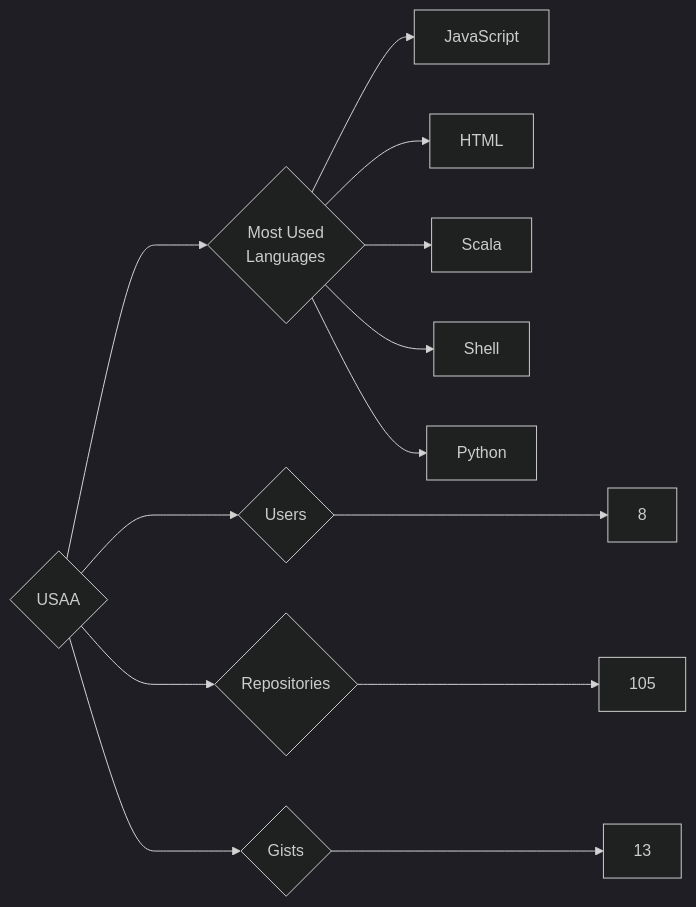
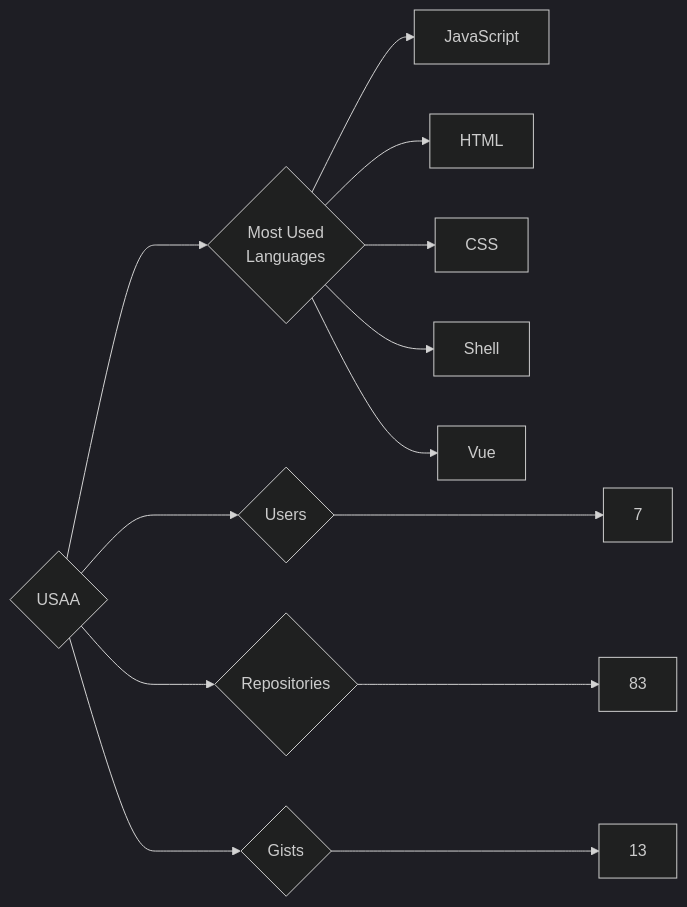
Before and after one commit to trickest/insiders: the diagram in targets/USAA/README.md, drawn with Mermaid (dark theme). The commit also changed 1248 other files, not shown here.

````diff
--- a/targets/USAA/README.md
+++ b/targets/USAA/README.md
@@ -3,13 +3,13 @@
 ```mermaid
 graph LR
 COMPANY_NAME{USAA}
-COMPANY_NAME ---> U{Users} ---> UN[8]
-COMPANY_NAME ---> R{Repositories} ---> RN[105]
+COMPANY_NAME ---> U{Users} ---> UN[7]
+COMPANY_NAME ---> R{Repositories} ---> RN[83]
 COMPANY_NAME ---> G{Gists} ---> GN[13]
 COMPANY_NAME ---> ML{Most Used<br>Languages}
 ML --> JavaScript[JavaScript]
 ML --> HTML[HTML]
-ML --> Scala[Scala]
+ML --> CSS[CSS]
 ML --> Shell[Shell]
-ML --> Python[Python]
+ML --> Vue[Vue]
 ```
````
